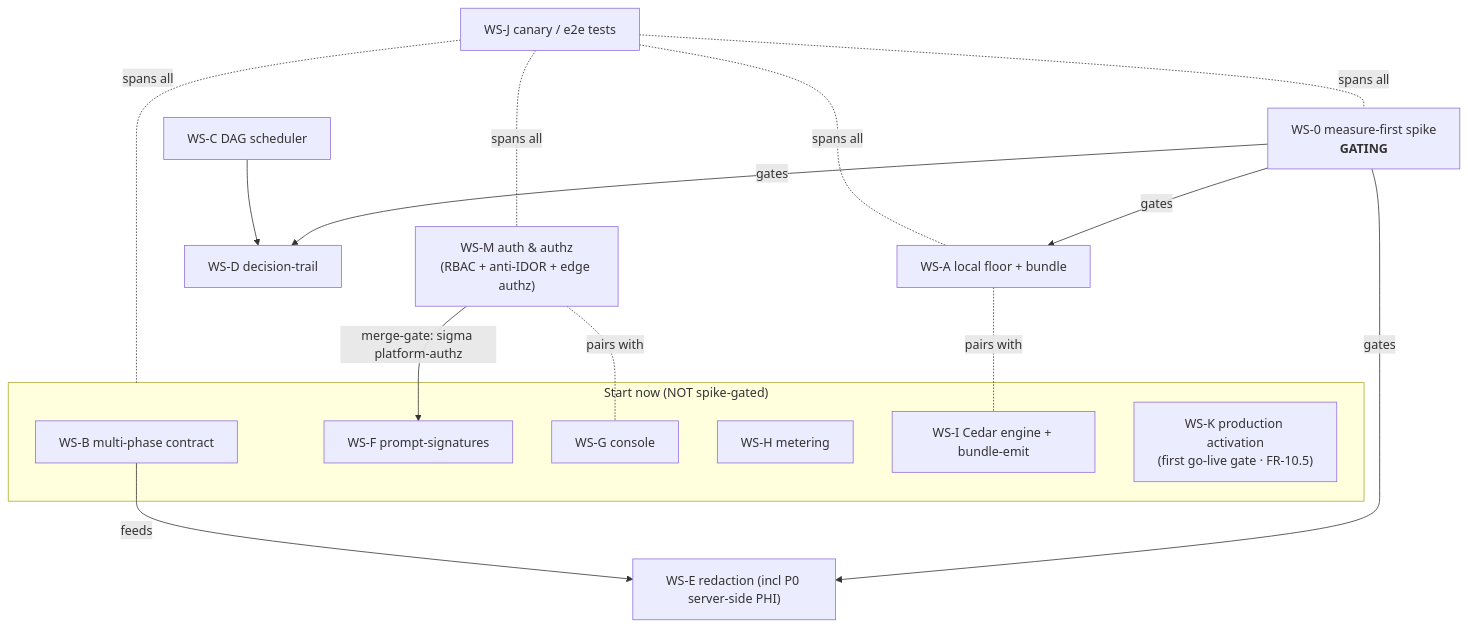
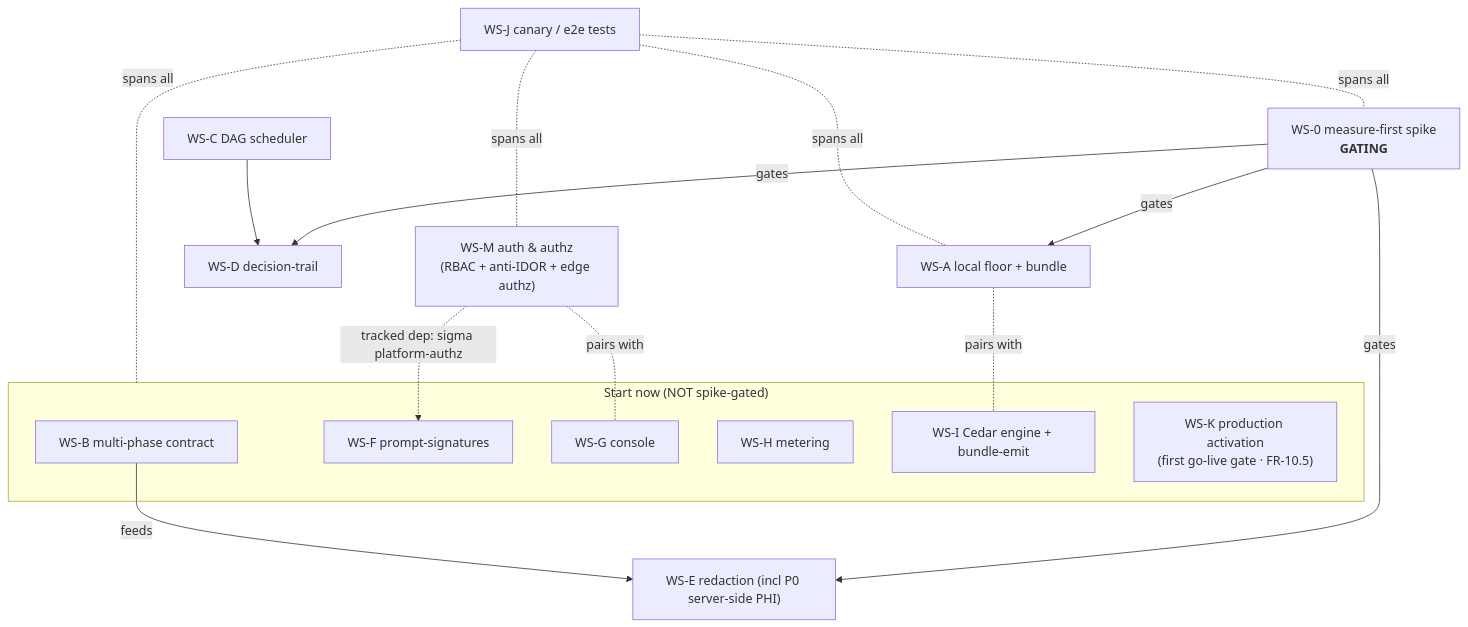
The diagram in tasks/serverless-edition/00-index.md (shashank31mar/Sentra), drawn with Mermaid before and after one commit. The commit also changed other lines of this file and 3 other files, not shown here.

````diff
--- a/tasks/serverless-edition/00-index.md
+++ b/tasks/serverless-edition/00-index.md
@@ -44,33 +44,33 @@
 ```mermaid
 flowchart TD
   WS0["WS-0 measure-first spike<br/><b>GATING</b>"]
 
   subgraph now["Start now (NOT spike-gated)"]
     B["WS-B multi-phase contract"]
     F["WS-F prompt-signatures"]
     G["WS-G console"]
     H["WS-H metering"]
     I["WS-I Cedar engine + bundle-emit"]
     K["WS-K production activation<br/>(first go-live gate · FR-10.5)"]
   end
 
   A["WS-A local floor + bundle"]
   C["WS-C DAG scheduler"]
   D["WS-D decision-trail"]
   E["WS-E redaction (incl P0 server-side PHI)"]
   J["WS-J canary / e2e tests"]
   M["WS-M auth & authz<br/>(RBAC + anti-IDOR + edge authz)"]
 
   WS0 -->|gates| A
   WS0 -->|gates| E
   WS0 -->|gates| D
   C --> D
   A -.pairs with.- I
   B -->|feeds| E
-  M -->|merge-gate: sigma platform-authz| F
+  M -.tracked dep: sigma platform-authz.-> F
   M -.pairs with.- G
   J -.spans all.- WS0
   J -.spans all.- now
   J -.spans all.- A
   J -.spans all.- M
 ```
````
